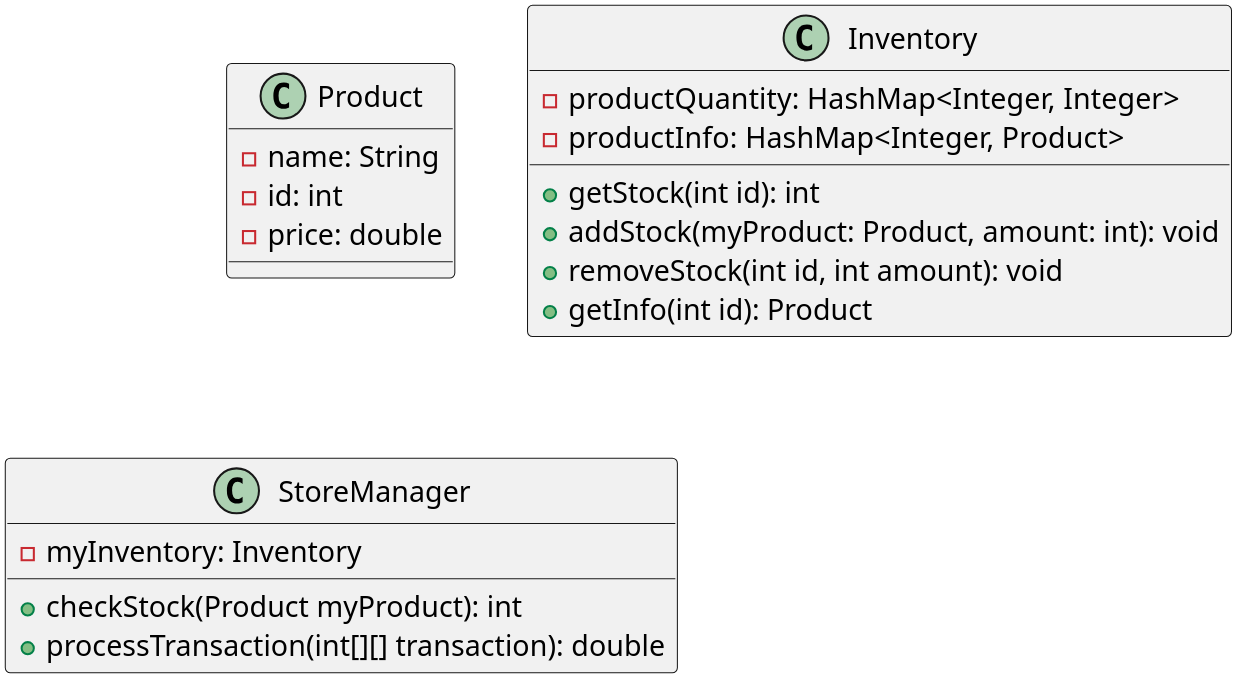
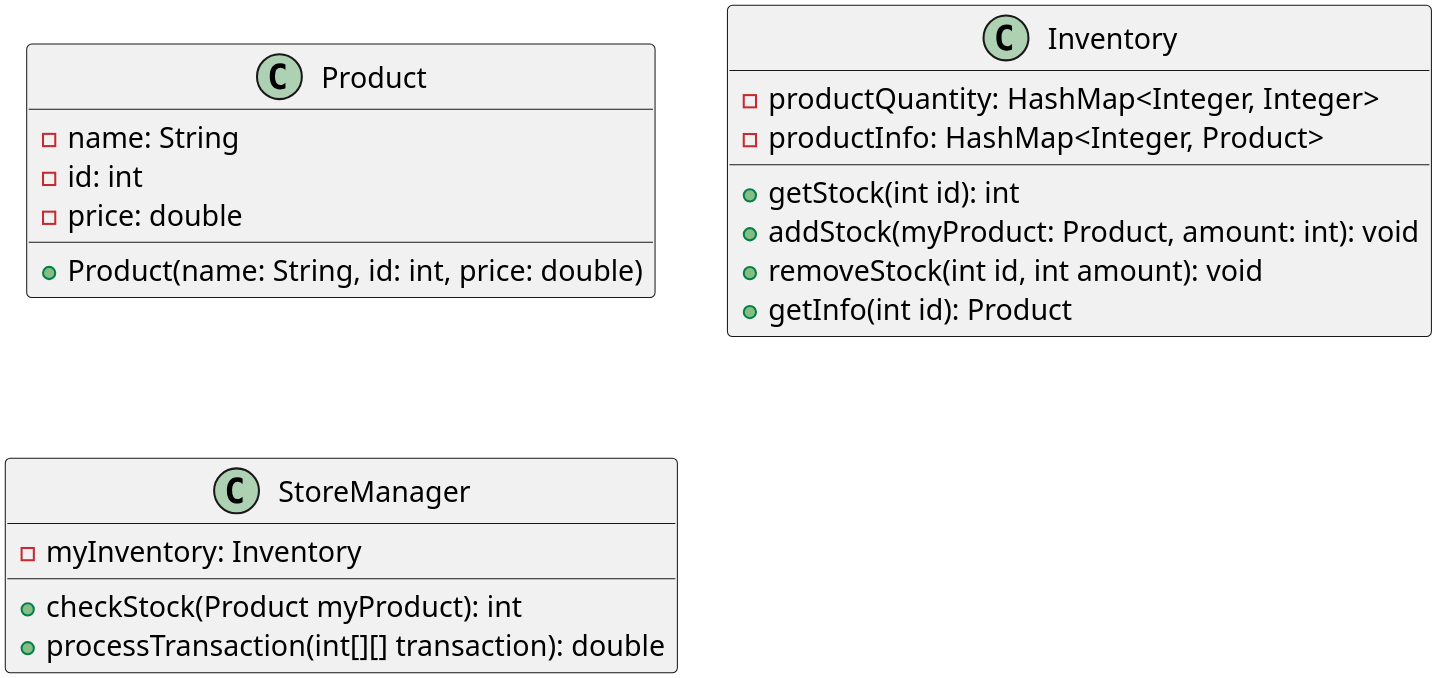
The diagram in UML.puml (ASpaceFrog/E-Commerce-App), drawn with PlantUML before and after one commit. The commit also changed 1 other file, not shown here.

Commit message:
fix uml typo

```diff
--- a/UML.puml
+++ b/UML.puml
@@ -1,28 +1,30 @@
 @startuml
 'https://plantuml.com/class-diagram
 scale 5
 
 class Product {
     -name: String
     -id: int
     -price: double
+
+    +Product(name: String, id: int, price: double)
 }
 
 class Inventory {
     -productQuantity: HashMap<Integer, Integer>
     -productInfo: HashMap<Integer, Product>
 
     +getStock(int id): int
     +addStock(myProduct: Product, amount: int): void
     +removeStock(int id, int amount): void
     +getInfo(int id): Product
 }
 
 class StoreManager{
     -myInventory: Inventory
 
     +checkStock(Product myProduct): int
     +processTransaction(int[][] transaction): double
 }
 
 @enduml
```
